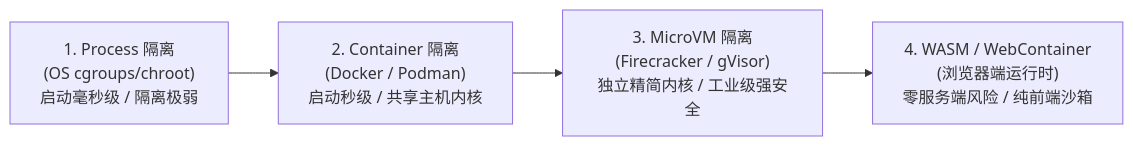
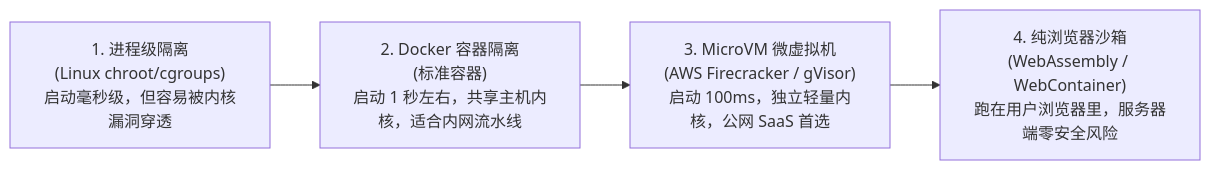
The second of 4 diagrams in app/ch04-tools/04-sidecar-sandbox-and-safety/page.mdx (ljh12138164/ai-agent-study), drawn with Mermaid before and after one commit. The commit also changed other lines of this file and 43 other files, not shown here.

````diff
--- a/app/ch04-tools/04-sidecar-sandbox-and-safety/page.mdx
+++ b/app/ch04-tools/04-sidecar-sandbox-and-safety/page.mdx
@@ -31,6 +31,7 @@
 ```mermaid
-graph LR
-    L1["1. Process 隔离<br/>(OS cgroups/chroot)<br/>启动毫秒级 / 隔离极弱"] --> L2["2. Container 隔离<br/>(Docker / Podman)<br/>启动秒级 / 共享主机内核"]
-    L2 --> L3["3. MicroVM 隔离<br/>(Firecracker / gVisor)<br/>独立精简内核 / 工业级强安全"]
-    L3 --> L4["4. WASM / WebContainer<br/>(浏览器端运行时)<br/>零服务端风险 / 纯前端沙箱"]
+flowchart LR
+    L1["1. 进程级隔离<br/>(Linux chroot/cgroups)<br/>启动毫秒级，但容易被内核漏洞穿透"]
+    --> L2["2. Docker 容器隔离<br/>(标准容器)<br/>启动 1 秒左右，共享主机内核，适合内网流水线"]
+    --> L3["3. MicroVM 微虚拟机<br/>(AWS Firecracker / gVisor)<br/>启动 100ms，独立轻量内核，公网 SaaS 首选"]
+    --> L4["4. 纯浏览器沙箱<br/>(WebAssembly / WebContainer)<br/>跑在用户浏览器里，服务器端零安全风险"]
 ```
````
